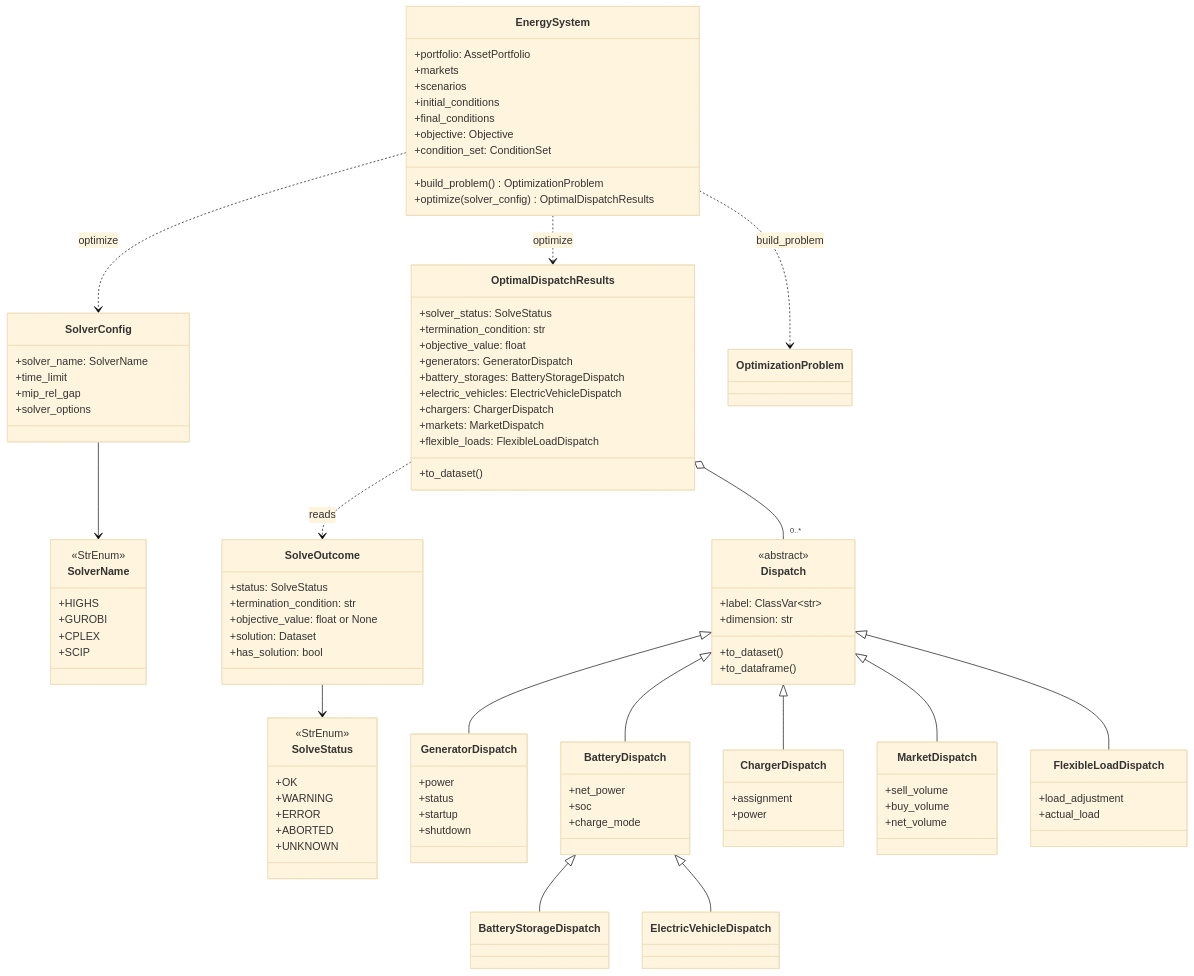
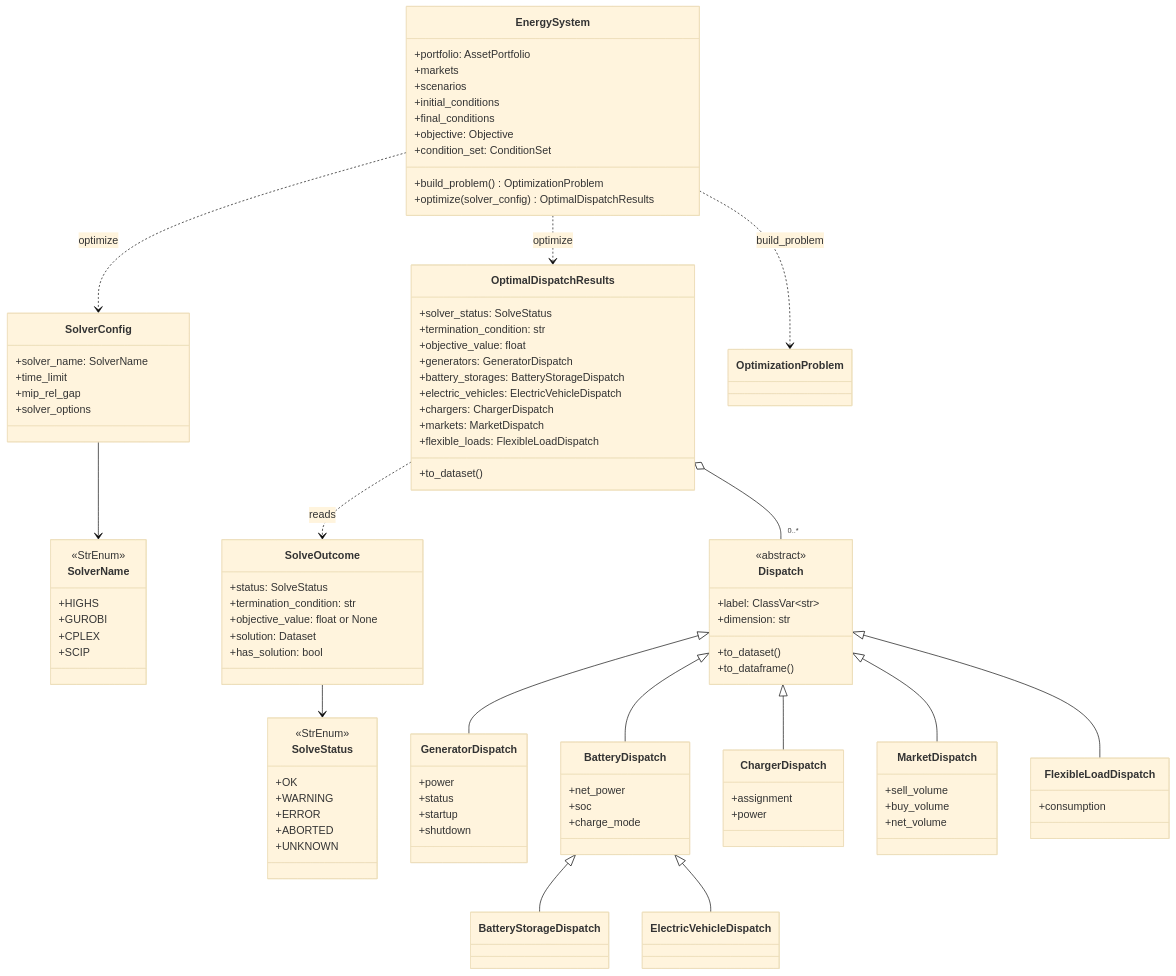
One commit to ramirocrc/odys changed the third of 4 diagrams in docs/developer/data_model.md. Above: the diagram before and after it, drawn with Mermaid (base theme). The commit also changed other lines of this file and 48 other files, not shown here.

```diff
--- a/docs/developer/data_model.md
+++ b/docs/developer/data_model.md
@@ -422,8 +434,7 @@
         +net_volume
     }
     class FlexibleLoadDispatch {
-        +load_adjustment
-        +actual_load
+        +consumption
     }
     class OptimalDispatchResults {
         +solver_status: SolveStatus
```
